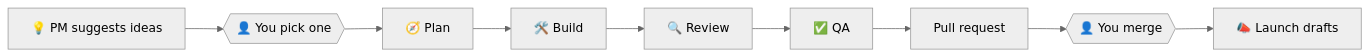
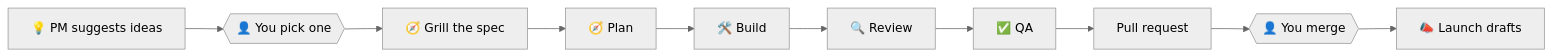
The diagram in README.md (mishraaditya595/agent-team), drawn with Mermaid (neutral theme) before and after one commit. The commit also changed other lines of this file and 34 other files, not shown here.

First line of the commit message:
feat: grill stage, writing-plans plans, root-cause fixes, calibrated review, 4-channel marketing

````diff
--- a/README.md
+++ b/README.md
@@ -22,7 +22,7 @@
 ```mermaid
 flowchart LR
     A["💡 PM suggests ideas"] --> B{{"👤 You pick one"}}
-    B --> C["🧭 Plan"] --> D["🛠️ Build"] --> E["🔍 Review"] --> F["✅ QA"] --> G["Pull request"]
+    B --> C0["🧭 Grill the spec"] --> C["🧭 Plan"] --> D["🛠️ Build"] --> E["🔍 Review"] --> F["✅ QA"] --> G["Pull request"]
     G --> H{{"👤 You merge"}}
     H --> I["📣 Launch drafts"]
 ```
````
